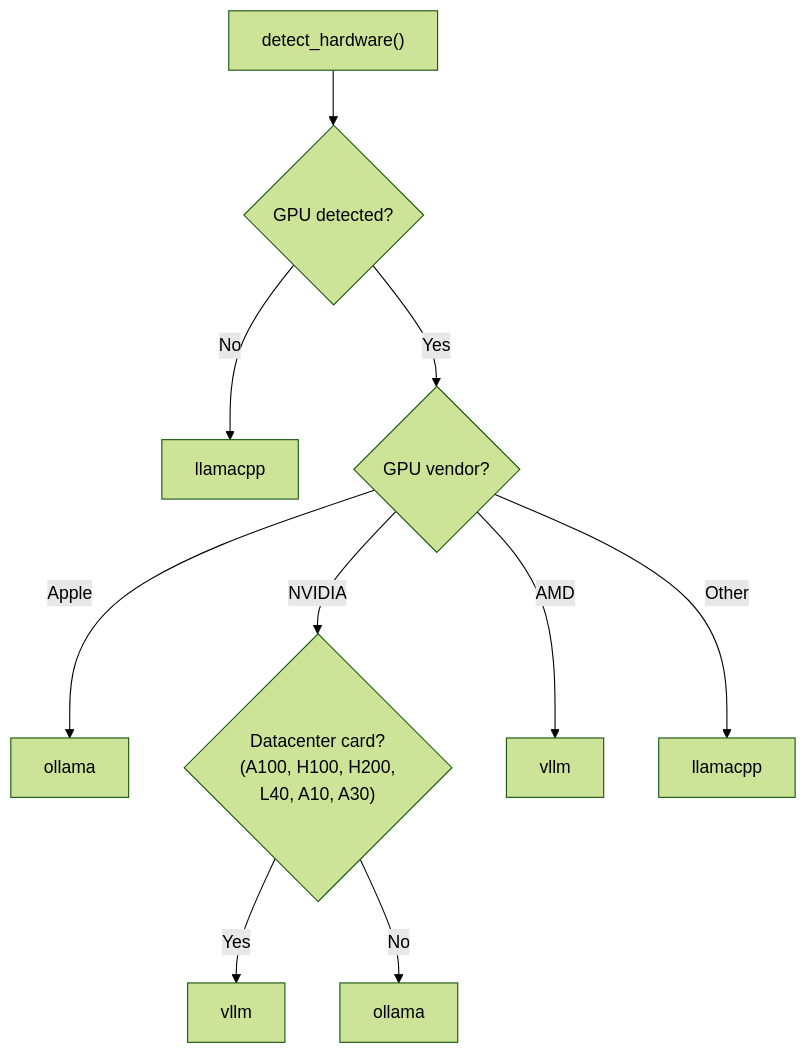
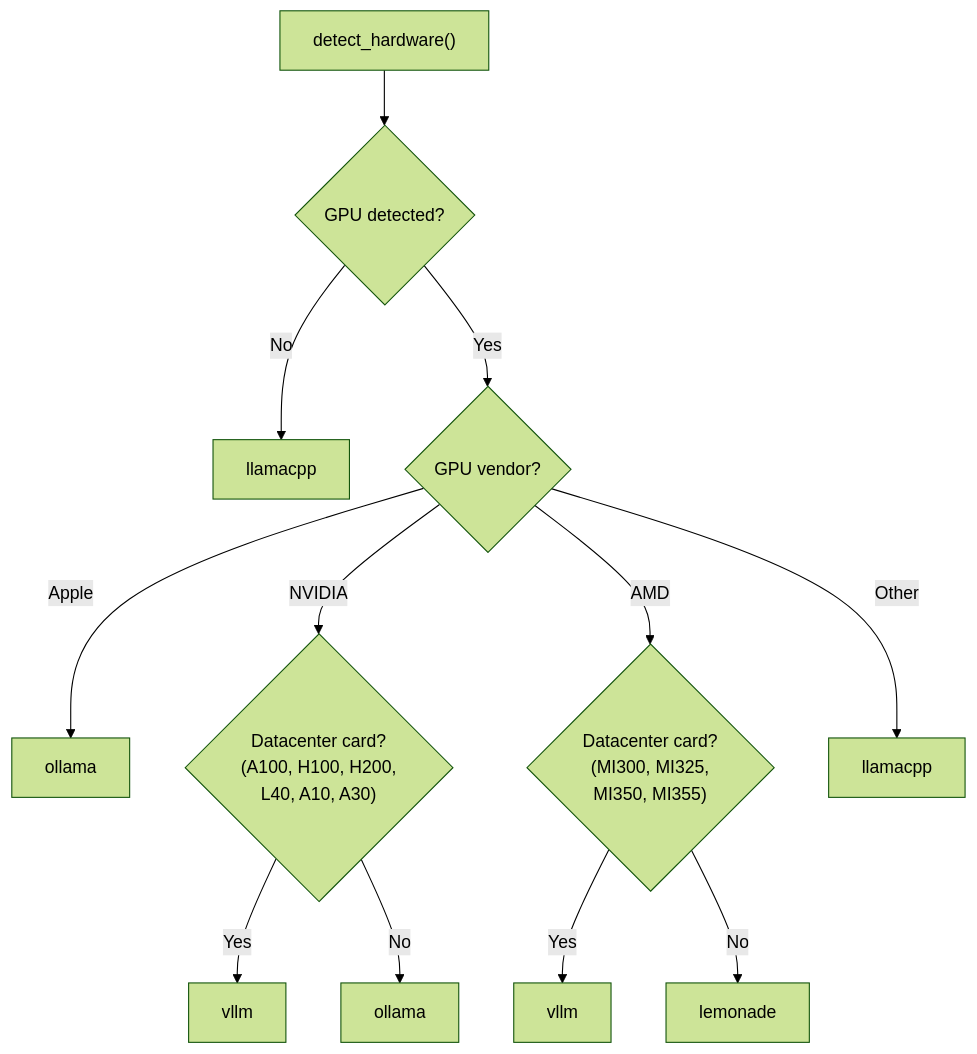
One commit to ImSothe/Jarvis-Project-by-Sothe changed the diagram in docs/architecture/engine.md. Above: the diagram before and after it, drawn with Mermaid (forest theme). The commit also changed other lines of this file and 4 other files, not shown here.

````diff
--- a/docs/architecture/engine.md
+++ b/docs/architecture/engine.md
@@ -248,12 +258,14 @@
 ```mermaid
 graph TD
     A["detect_hardware()"] --> B{"GPU detected?"}
     B -->|No| C["llamacpp"]
     B -->|Yes| D{"GPU vendor?"}
     D -->|Apple| E["ollama"]
     D -->|NVIDIA| F{"Datacenter card?<br/>(A100, H100, H200,<br/>L40, A10, A30)"}
     F -->|Yes| G["vllm"]
     F -->|No| H["ollama"]
-    D -->|AMD| I["vllm"]
+    D -->|AMD| I{"Datacenter card?<br/>(MI300, MI325,<br/>MI350, MI355)"}
+    I -->|Yes| K["vllm"]
+    I -->|No| L["lemonade"]
     D -->|Other| J["llamacpp"]
 ```
````
